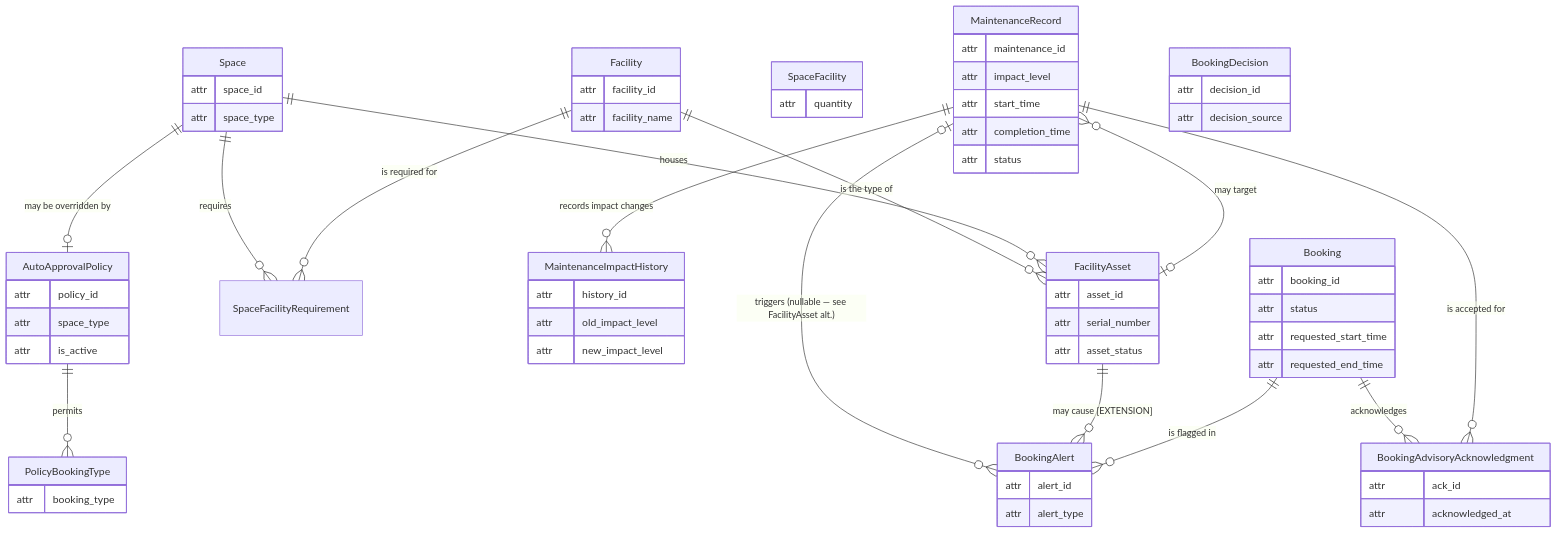
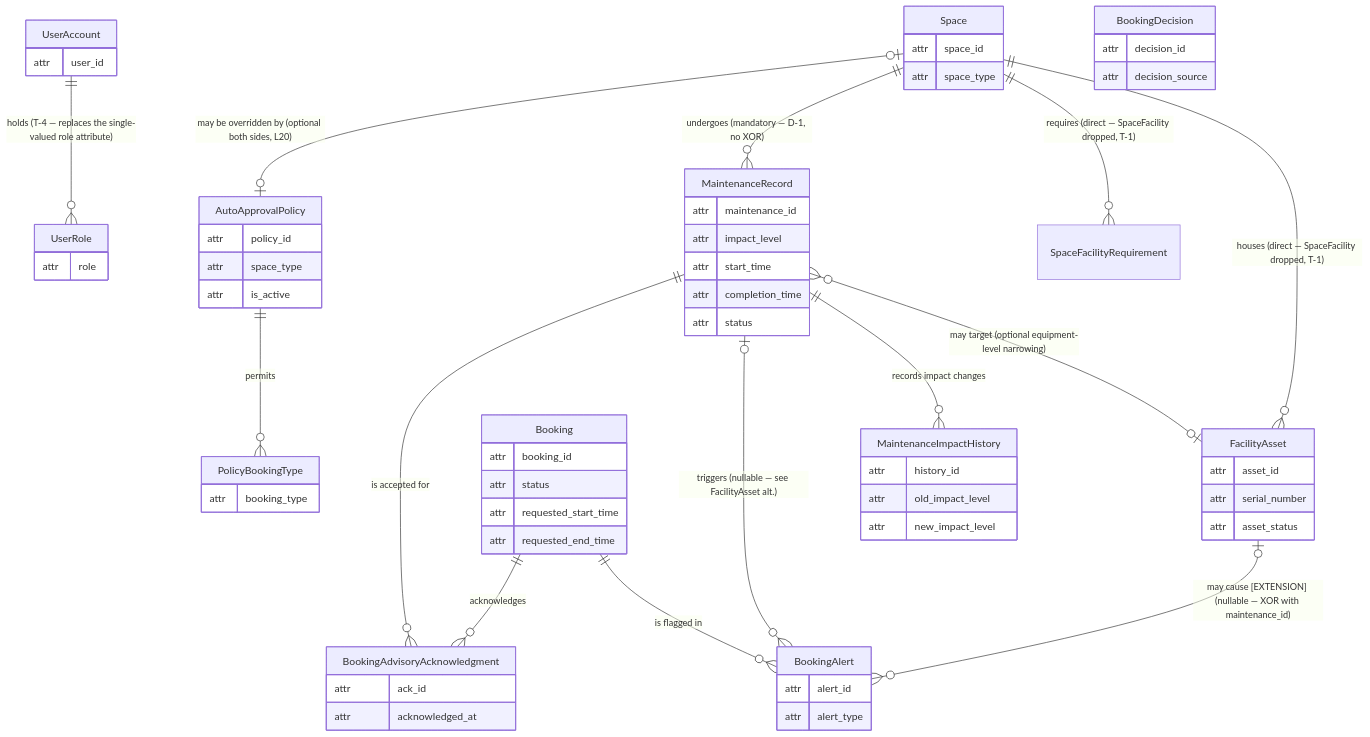
One commit to vquclinh/SpaceWise-Agent changed the second of 3 diagrams in outputs/09-updated-erd-and-logical-design-G08.md. Above: the diagram before and after it, drawn with Mermaid. The commit also changed other lines of this file and 6 other files, not shown here.

````diff
--- a/outputs/09-updated-erd-and-logical-design-G08.md
+++ b/outputs/09-updated-erd-and-logical-design-G08.md
@@ -232,74 +224,73 @@
 ```mermaid
 erDiagram
     Space {
         attr space_id
         attr space_type
     }
-    Facility {
-        attr facility_id
-        attr facility_name
+    UserAccount {
+        attr user_id
     }
-    SpaceFacility {
-        attr quantity
+    UserRole {
+        attr role
     }
     FacilityAsset {
         attr asset_id
         attr serial_number
         attr asset_status
     }
     SpaceFacilityRequirement {
         %% sparse junction — presence of a row means "required"; no attribute
     }
     MaintenanceRecord {
         attr maintenance_id
         attr impact_level
         attr start_time
         attr completion_time
         attr status
     }
     MaintenanceImpactHistory {
         attr history_id
         attr old_impact_level
         attr new_impact_level
     }
     Booking {
         attr booking_id
         attr status
         attr requested_start_time
         attr requested_end_time
     }
     BookingDecision {
         attr decision_id
         attr decision_source
     }
     BookingAdvisoryAcknowledgment {
         attr ack_id
         attr acknowledged_at
     }
     AutoApprovalPolicy {
         attr policy_id
         attr space_type
         attr is_active
     }
     PolicyBookingType {
         attr booking_type
     }
     BookingAlert {
         attr alert_id
         attr alert_type
     }
 
-    Facility ||--o{ FacilityAsset : "is the type of"
-    Space ||--o{ FacilityAsset : "houses"
-    Space ||--o{ SpaceFacilityRequirement : "requires"
-    Facility ||--o{ SpaceFacilityRequirement : "is required for"
-    MaintenanceRecord }o--o| FacilityAsset : "may target"
+    UserAccount ||--o{ UserRole : "holds (T-4 — replaces the single-valued role attribute)"
+    Space ||--o{ FacilityAsset : "houses (direct — SpaceFacility dropped, T-1)"
+    Space ||--o{ SpaceFacilityRequirement : "requires (direct — SpaceFacility dropped, T-1)"
+    Space ||--o{ MaintenanceRecord : "undergoes (mandatory — D-1, no XOR)"
+    MaintenanceRecord }o--o| FacilityAsset : "may target (optional equipment-level narrowing)"
     MaintenanceRecord ||--o{ MaintenanceImpactHistory : "records impact changes"
     MaintenanceRecord |o--o{ BookingAlert : "triggers (nullable — see FacilityAsset alt.)"
-    FacilityAsset ||--o{ BookingAlert : "may cause [EXTENSION]"
+    FacilityAsset |o--o{ BookingAlert : "may cause [EXTENSION] (nullable — XOR with maintenance_id)"
     Booking ||--o{ BookingAlert : "is flagged in"
     Booking ||--o{ BookingAdvisoryAcknowledgment : "acknowledges"
     MaintenanceRecord ||--o{ BookingAdvisoryAcknowledgment : "is accepted for"
-    Space ||--o| AutoApprovalPolicy : "may be overridden by"
+    Space |o--o| AutoApprovalPolicy : "may be overridden by (optional both sides, L20)"
     AutoApprovalPolicy ||--o{ PolicyBookingType : "permits"
 ```
````
